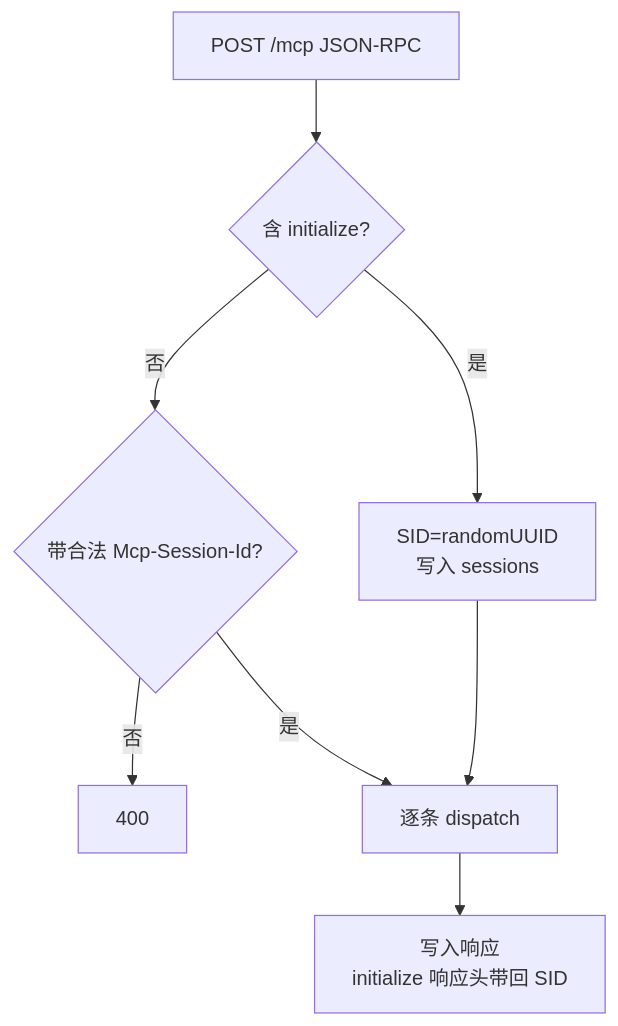
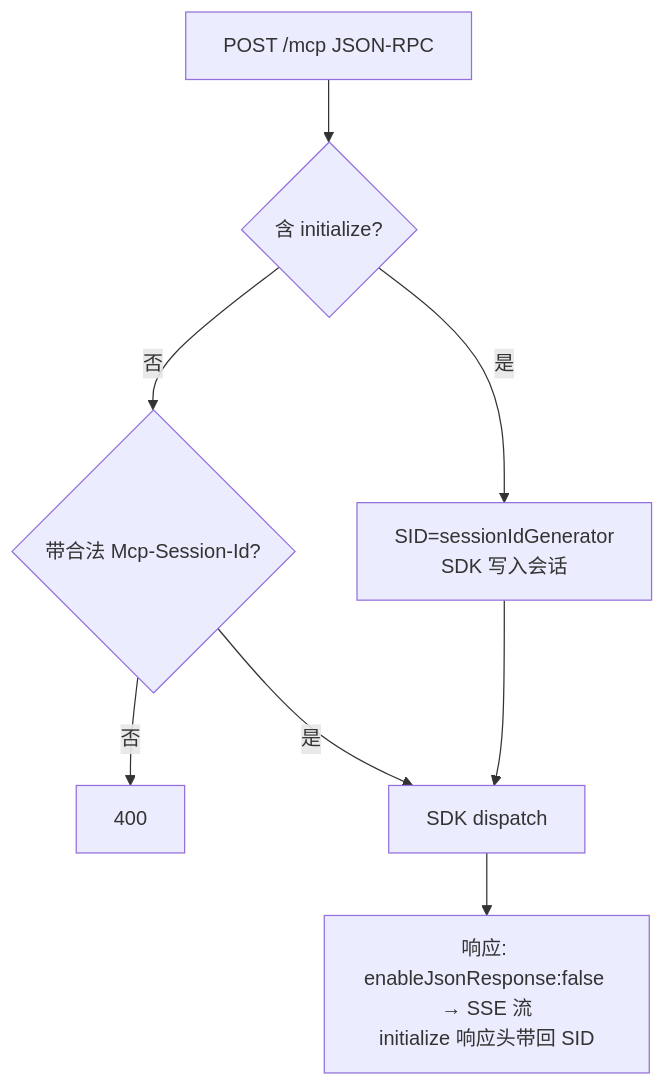
One commit to wpy2580536181-stack/easyCLI changed the fourth of 4 diagrams in docs/phase12.md. Above: the diagram before and after it, drawn with Mermaid. The commit also changed other lines of this file and 16 other files, not shown here.

````diff
--- a/docs/phase12.md
+++ b/docs/phase12.md
@@ -95,10 +92,10 @@
 ```mermaid
 flowchart TD
   Req[POST /mcp JSON-RPC] --> HasInit{含 initialize?}
-  HasInit -->|是| New[SID=randomUUID\n写入 sessions]
+  HasInit -->|是| New[SID=sessionIdGenerator\nSDK 写入会话]
   HasInit -->|否| Check{带合法 Mcp-Session-Id?}
   Check -->|否| Err[400]
-  Check -->|是| Disp[逐条 dispatch]
+  Check -->|是| Disp[SDK dispatch]
   New --> Disp
-  Disp --> W[写入响应\ninitialize 响应头带回 SID]
+  Disp --> W[响应: enableJsonResponse:false → SSE 流\ninitialize 响应头带回 SID]
 ```
````
